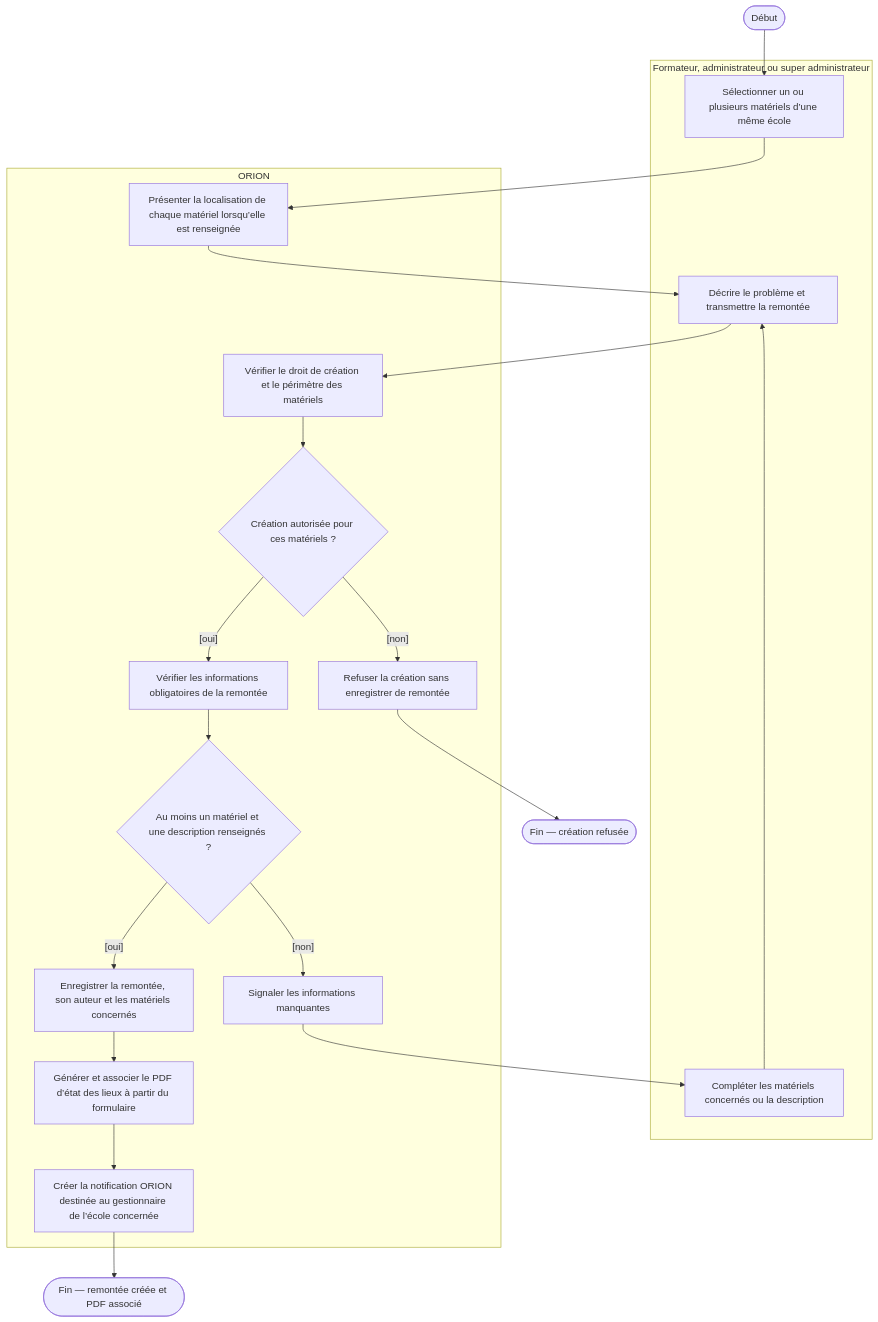
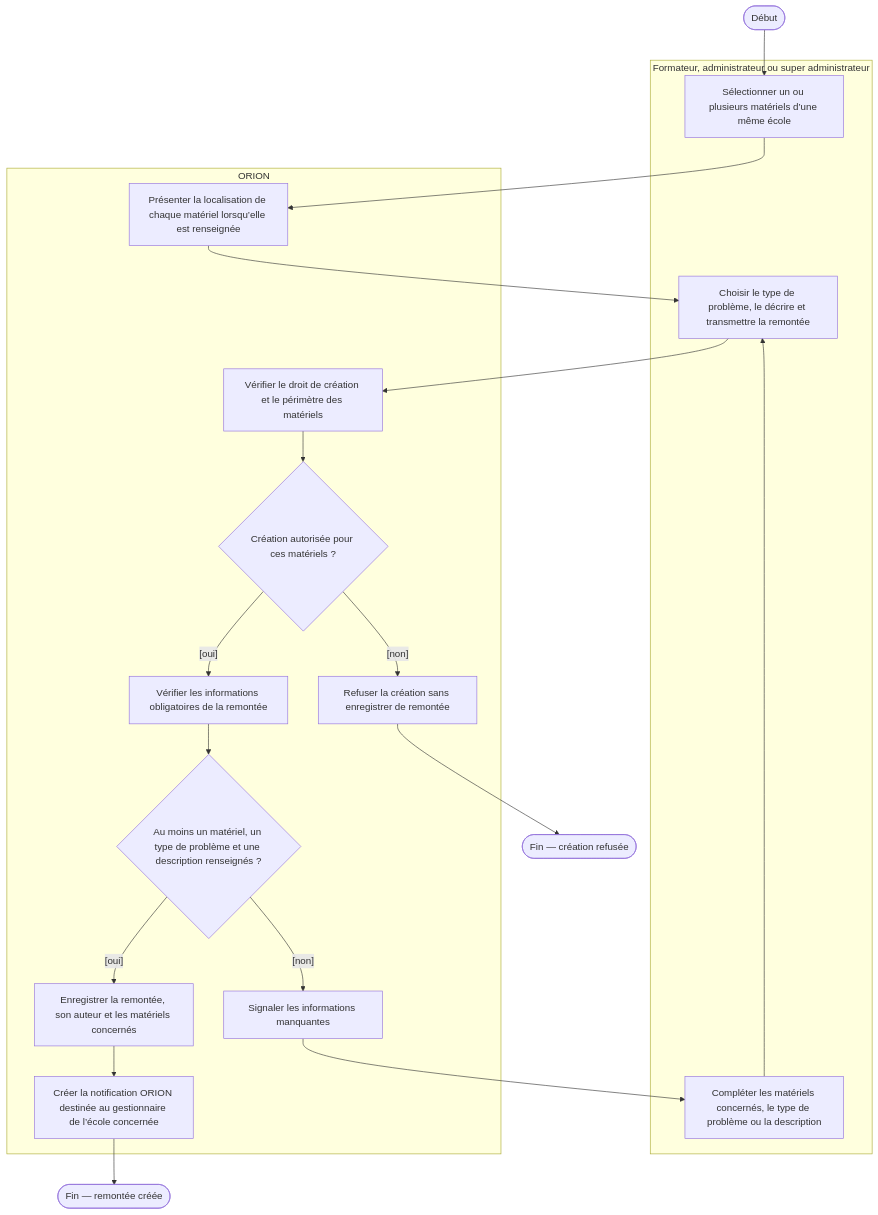
One commit to bpierrelouis/aster changed the third of 7 diagrams in docs/02-ANALYSE/02-CAPTURE-DES-BESOINS/DIAGRAMMES-ACTIVITE-CAS-UTILISATION-BROUILLON-V2.md. Above: the diagram before and after it, drawn with Mermaid. The commit also changed other lines of this file and 24 other files, not shown here.

First line of the commit message:
fix: corriger les écarts de l'audit des tickets archivés

````diff
--- a/docs/02-ANALYSE/02-CAPTURE-DES-BESOINS/DIAGRAMMES-ACTIVITE-CAS-UTILISATION-BROUILLON-V2.md
+++ b/docs/02-ANALYSE/02-CAPTURE-DES-BESOINS/DIAGRAMMES-ACTIVITE-CAS-UTILISATION-BROUILLON-V2.md
@@ -81,32 +81,31 @@
 ```mermaid
 flowchart TD
     debut(["Début"])
-    fin(["Fin — remontée créée et PDF associé"])
+    fin(["Fin — remontée créée"])
     finRefus(["Fin — création refusée"])
 
     subgraph ACTEUR["Formateur, administrateur ou super administrateur"]
         selection["Sélectionner un ou plusieurs matériels d’une même école"]
-        saisie["Décrire le problème et transmettre la remontée"]
-        correction["Compléter les matériels concernés ou la description"]
+        saisie["Choisir le type de problème, le décrire et transmettre la remontée"]
+        correction["Compléter les matériels concernés, le type de problème ou la description"]
     end
 
     subgraph ORION["ORION"]
         localisation["Présenter la localisation de chaque matériel lorsqu’elle est renseignée"]
         controleAcces["Vérifier le droit de création et le périmètre des matériels"]
         acces{"Création autorisée pour ces matériels ?"}
         controleDonnees["Vérifier les informations obligatoires de la remontée"]
-        conformite{"Au moins un matériel et une description renseignés ?"}
+        conformite{"Au moins un matériel, un type de problème et une description renseignés ?"}
         erreurs["Signaler les informations manquantes"]
         refus["Refuser la création sans enregistrer de remontée"]
         enregistrer["Enregistrer la remontée, son auteur et les matériels concernés"]
-        pdf["Générer et associer le PDF d’état des lieux à partir du formulaire"]
         notification["Créer la notification ORION destinée au gestionnaire de l’école concernée"]
     end
 
     debut --> selection --> localisation --> saisie
     saisie --> controleAcces --> acces
     acces -->|"[non]"| refus --> finRefus
     acces -->|"[oui]"| controleDonnees --> conformite
     conformite -->|"[non]"| erreurs --> correction --> saisie
-    conformite -->|"[oui]"| enregistrer --> pdf --> notification --> fin
+    conformite -->|"[oui]"| enregistrer --> notification --> fin
 ```
````
